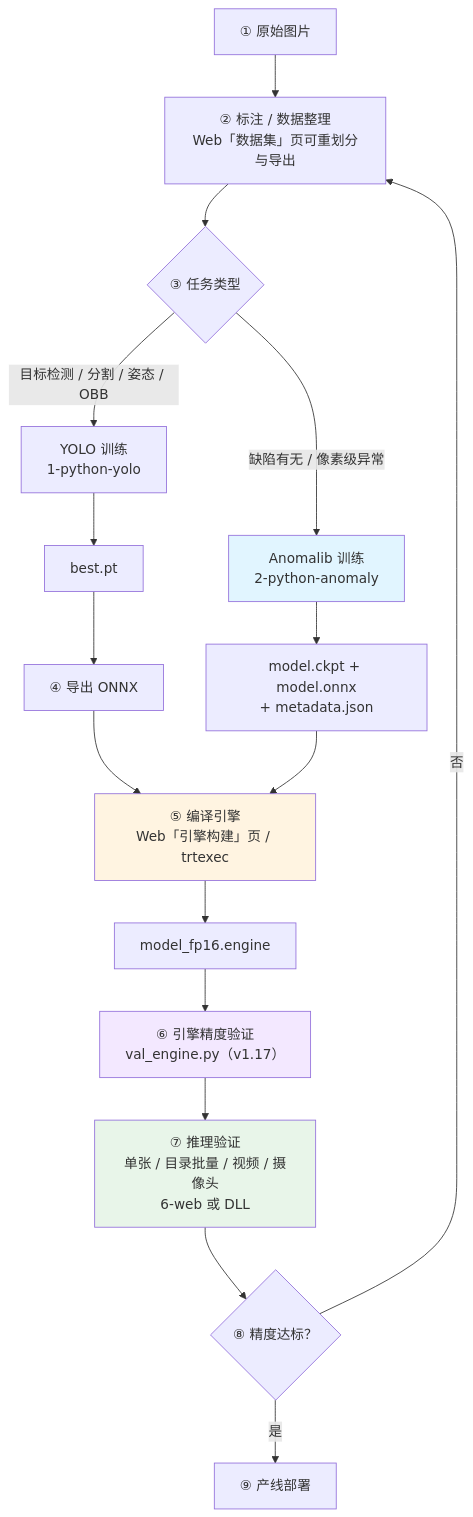
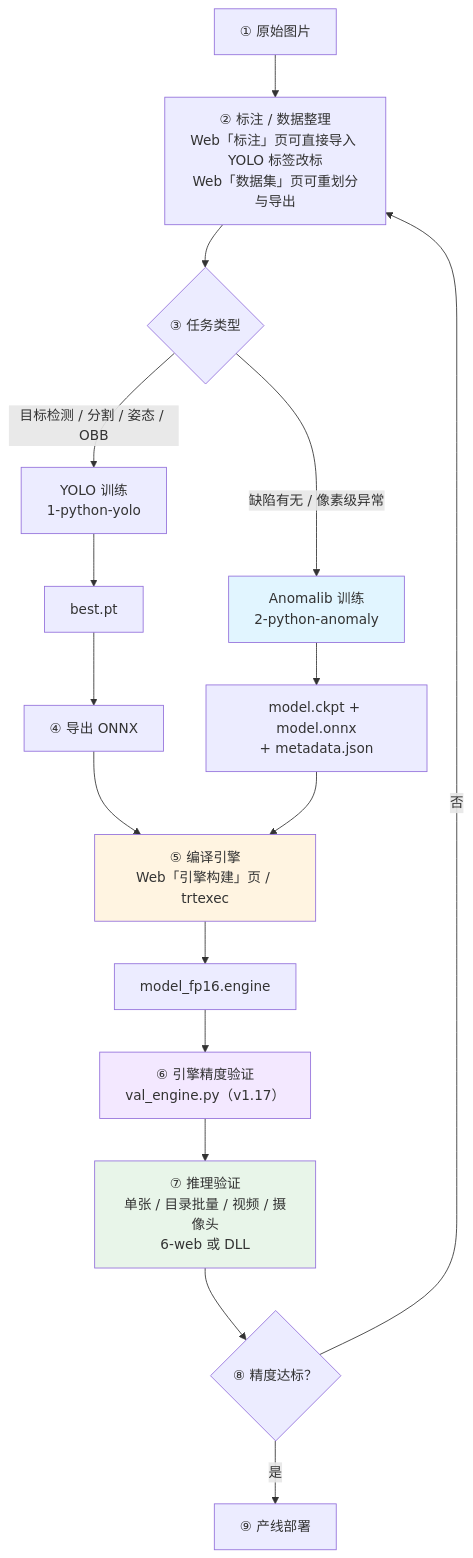
The diagram in docs/WORKFLOW_GUIDE.md (jusitfy0913/dp-tool), drawn with Mermaid before and after one commit. The commit also changed other lines of this file and 10 other files, not shown here.

````diff
--- a/docs/WORKFLOW_GUIDE.md
+++ b/docs/WORKFLOW_GUIDE.md
@@ -11,27 +11,27 @@
 ```mermaid
 flowchart TD
-    A["① 原始图片"] --> B["② 标注 / 数据整理<br/>Web「数据集」页可重划分与导出"]
+    A["① 原始图片"] --> B["② 标注 / 数据整理<br/>Web「标注」页可直接导入 YOLO 标签改标<br/>Web「数据集」页可重划分与导出"]
     B --> C{"③ 任务类型"}
 
     C -->|"目标检测 / 分割 / 姿态 / OBB"| D["YOLO 训练<br/>1-python-yolo"]
     C -->|"缺陷有无 / 像素级异常"| E["Anomalib 训练<br/>2-python-anomaly"]
 
     D --> F["best.pt"]
     E --> G["model.ckpt + model.onnx<br/>+ metadata.json"]
 
     F --> H["④ 导出 ONNX"]
     H --> I["⑤ 编译引擎<br/>Web「引擎构建」页 / trtexec"]
     G --> I
     I --> J["model_fp16.engine"]
 
     J --> V["⑥ 引擎精度验证<br/>val_engine.py（v1.17）"]
     V --> K["⑦ 推理验证<br/>单张 / 目录批量 / 视频 / 摄像头<br/>6-web 或 DLL"]
     K --> L{"⑧ 精度达标？"}
     L -->|否| B
     L -->|是| M["⑨ 产线部署"]
 
     style E fill:#e1f5ff
     style I fill:#fff4e1
     style V fill:#f3e8ff
     style K fill:#e8f5e9
 ```
````
